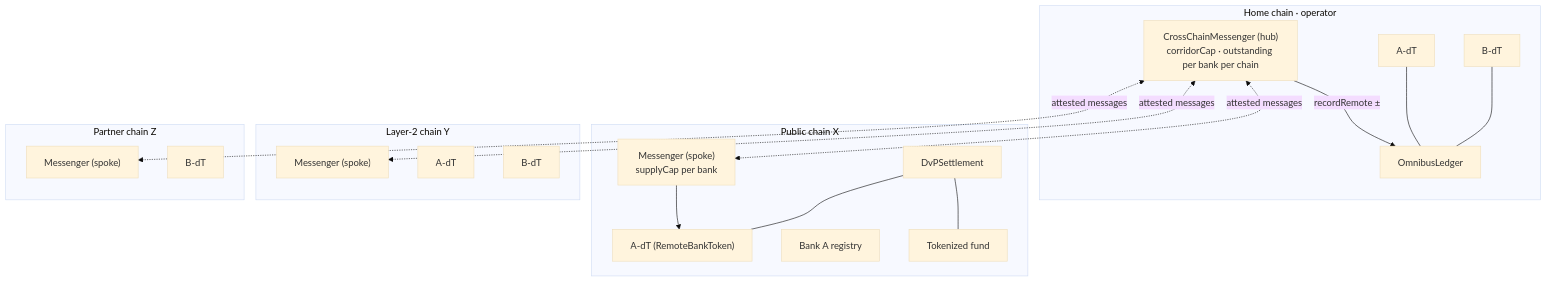
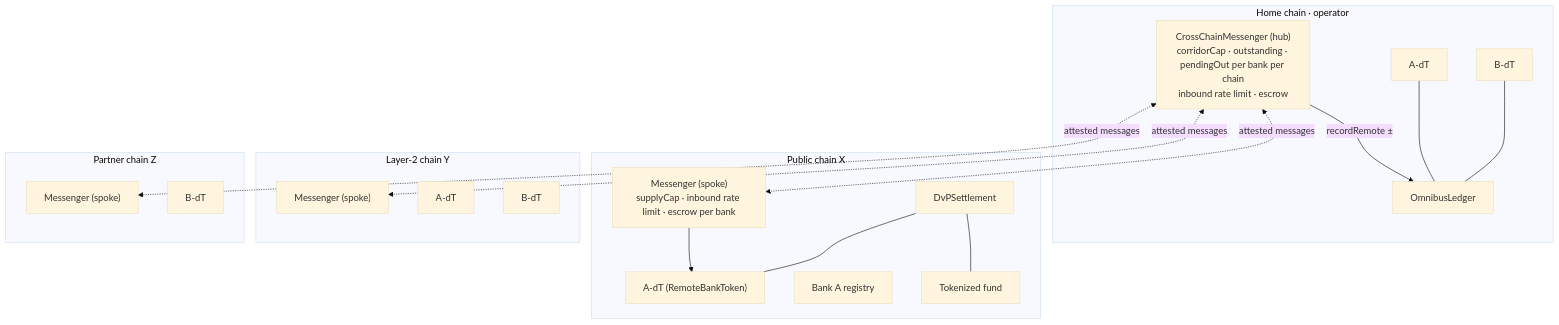
Before and after one commit to wfblockchain/omnibus-deposit-network: the diagram in docs/across-networks.md, drawn with Mermaid (base theme). The commit also changed other lines of this file and 21 other files, not shown here.

First line of the commit message:
Cross-chain v4: inbound mint rate limit, lock-then-burn with deadline cancel, minted-only accounting; operator naming in Go

````diff
--- a/docs/across-networks.md
+++ b/docs/across-networks.md
@@ -32,34 +32,34 @@
 ```mermaid
 flowchart TB
     subgraph HOME["Home chain · operator"]
         L["OmnibusLedger"]
-        HM["CrossChainMessenger (hub)<br/>corridorCap · outstanding per bank per chain"]
+        HM["CrossChainMessenger (hub)<br/>corridorCap · outstanding · pendingOut per bank per chain<br/>inbound rate limit · escrow"]
         TA["A-dT"]
         TB["B-dT"]
         TA --- L
         TB --- L
         HM -- "recordRemote ±" --> L
     end
     subgraph X["Public chain X"]
-        MX["Messenger (spoke)<br/>supplyCap per bank"]
+        MX["Messenger (spoke)<br/>supplyCap · inbound rate limit · escrow per bank"]
         RAX["A-dT (RemoteBankToken)"]
         RGX["Bank A registry"]
         DVX["DvPSettlement"]
         SX["Tokenized fund"]
     end
     subgraph Y["Layer-2 chain Y"]
         MY["Messenger (spoke)"]
         RAY["A-dT"]
         RBY["B-dT"]
     end
     subgraph Z["Partner chain Z"]
         MZ["Messenger (spoke)"]
         RBZ["B-dT"]
     end
     HM <-. "attested messages" .-> MX
     HM <-. "attested messages" .-> MY
     HM <-. "attested messages" .-> MZ
     MX --> RAX
     DVX --- SX
     DVX --- RAX
 ```
````
